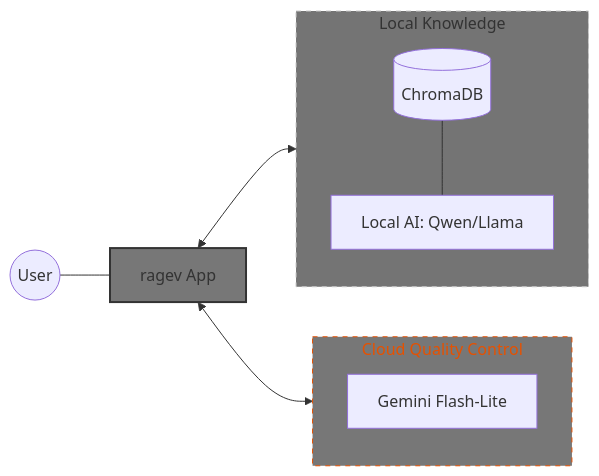
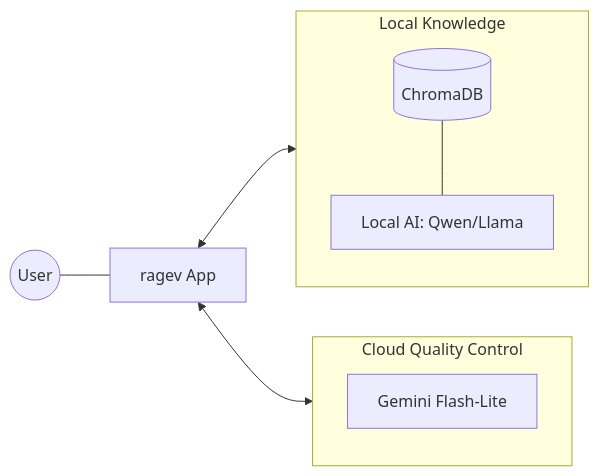
The first of 5 diagrams in README.org (achiwa912/ragev), drawn with Mermaid before and after one commit.

Commit message:
change color 2

```diff
--- a/README.org
+++ b/README.org
@@ -12,25 +12,20 @@
 #+begin_src mermaid
 graph LR
     %% User and Core App
     User((User)) --- ragev[ragev App]
 
     %% Local Knowledge Engine
     subgraph Local_Stack [Local Knowledge]
         direction TB
         DB[(ChromaDB)] --- AI_L[Local AI: Qwen/Llama]
     end
 
     %% Cloud Brain
     subgraph Cloud_Eval [Cloud Quality Control]
         Gemini[Gemini Flash-Lite]
     end
 
     %% Minimal Connections
     ragev <--> Local_Stack
     ragev <--> Cloud_Eval
-
-    %% High-Contrast Minimal Styling
-    style ragev fill:#777,stroke:#333,stroke-width:2px
-    style Local_Stack fill:#747474,stroke:#ccc,stroke-dasharray: 5 5
-    style Cloud_Eval fill:#777,stroke:#e65100,stroke-dasharray: 5 5,color:#e65100
 #+end_src
```
